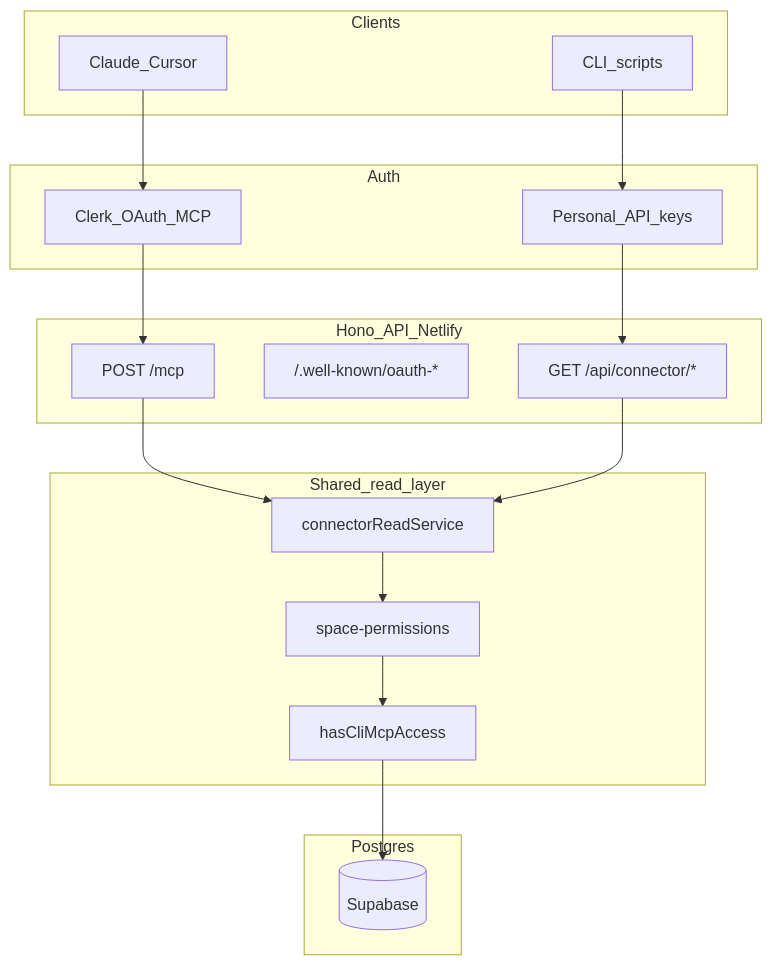
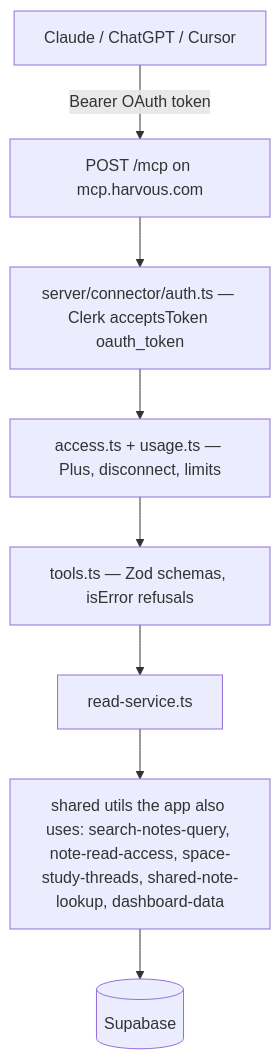
The diagram in docs/future/CONNECTOR_BOUNDARIES.md (harvouscom/harvous), drawn with Mermaid before and after one commit. The commit also changed other lines of this file and 39 other files, not shown here.

First line of the commit message:
chore(connector): read-only MCP server for Claude and ChatGPT, withheld

````diff
--- a/docs/future/CONNECTOR_BOUNDARIES.md
+++ b/docs/future/CONNECTOR_BOUNDARIES.md
@@ -80,29 +99,10 @@
 ```mermaid
 flowchart TB
-  subgraph clients [Clients]
-    Claude[Claude_Cursor]
-    CLI[CLI_scripts]
-  end
-  subgraph auth [Auth]
-    OAuth[Clerk_OAuth_MCP]
-    Keys[Personal_API_keys]
-  end
-  subgraph api [Hono_API_Netlify]
-    MCP["POST /mcp"]
-    WellKnown["/.well-known/oauth-*"]
-    ConnectorREST["GET /api/connector/*"]
-  end
-  subgraph core [Shared_read_layer]
-    ReadSvc[connectorReadService]
-    Perms[space-permissions]
-    Tier[hasCliMcpAccess]
-  end
-  subgraph data [Postgres]
-    DB[(Supabase)]
-  end
-  Claude --> OAuth --> MCP
-  CLI --> Keys --> ConnectorREST
-  MCP --> ReadSvc
-  ConnectorREST --> ReadSvc
-  ReadSvc --> Perms --> Tier --> DB
+  Clients[Claude / ChatGPT / Cursor] -->|Bearer OAuth token| MCP["POST /mcp on mcp.harvous.com"]
+  MCP --> Auth[server/connector/auth.ts — Clerk acceptsToken oauth_token]
+  Auth --> Gate[access.ts + usage.ts — Plus, disconnect, limits]
+  Gate --> Tools[tools.ts — Zod schemas, isError refusals]
+  Tools --> Read[read-service.ts]
+  Read --> Shared[shared utils the app also uses: search-notes-query, note-read-access, space-study-threads, shared-note-lookup, dashboard-data]
+  Shared --> DB[(Supabase)]
 ```
````
